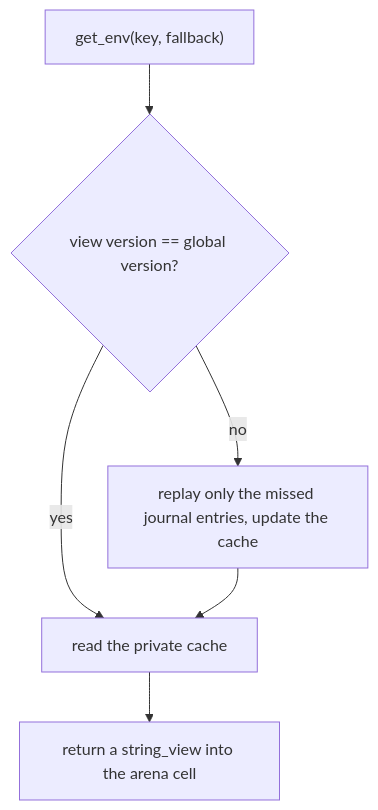
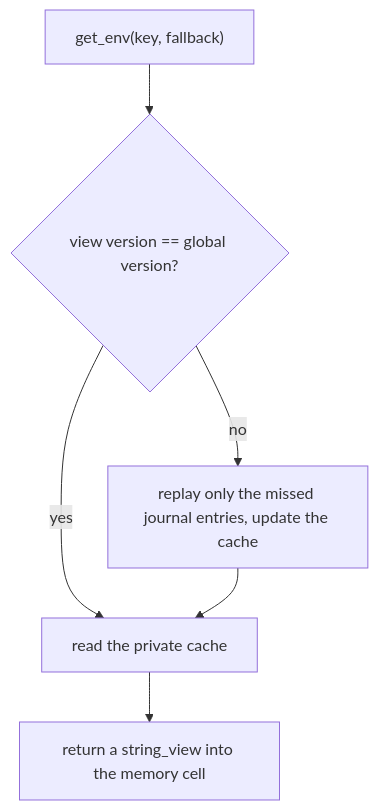
Before and after one commit to frameworkcpp/frameworkcpp: the diagram in docs/environment/index.md, drawn with Mermaid. The commit also changed other lines of this file and 56 other files, not shown here.

First line of the commit message:
refactor(memory): rename arena module to memory

````diff
--- a/docs/environment/index.md
+++ b/docs/environment/index.md
@@ -75,8 +75,8 @@
 ```mermaid
 flowchart TD
     read["get_env(key, fallback)"] --> cmp{"view version == global version?"}
     cmp -->|"yes"| cache["read the private cache"]
     cmp -->|"no"| replay["replay only the missed journal entries, update the cache"]
     replay --> cache
-    cache --> out["return a string_view into the arena cell"]
+    cache --> out["return a string_view into the memory cell"]
 ```
````
